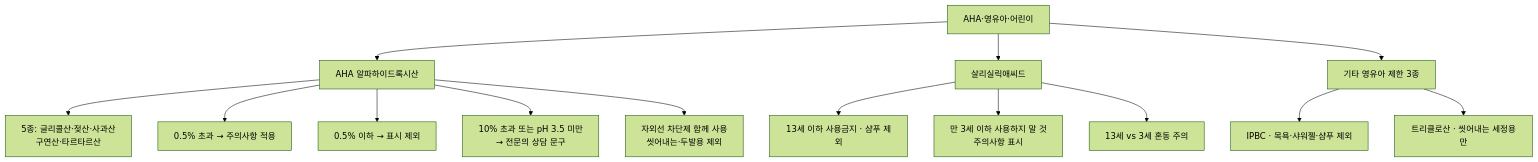
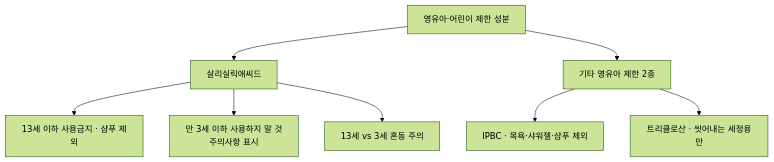
The tenth of 11 diagrams in content/참조자료/과목2/2과목_Ch03_사용제한원료_핵심암기.md (skygoldlee-cyber/Personalized_Skincare), drawn with Mermaid (forest theme) before and after one commit. The commit also changed other lines of this file and 8 other files, not shown here.

````diff
--- a/content/참조자료/과목2/2과목_Ch03_사용제한원료_핵심암기.md
+++ b/content/참조자료/과목2/2과목_Ch03_사용제한원료_핵심암기.md
@@ -406,16 +419,10 @@
 ```mermaid
 flowchart TD
-  A[AHA·영유아·어린이] --> B[AHA 알파하이드록시산]
-  A --> C[살리실릭애씨드]
-  A --> D[기타 영유아 제한 3종]
-  B --> B1[5종: 글리콜산·젖산·사과산<br/>구연산·타르타르산]
-  B --> B2[0.5% 초과 → 주의사항 적용]
-  B --> B3[0.5% 이하 → 표시 제외]
-  B --> B4[10% 초과 또는 pH 3.5 미만<br/>→ 전문의 상담 문구]
-  B --> B5[자외선 차단제 함께 사용<br/>씻어내는·두발용 제외]
-  C --> C1[13세 이하 사용금지 · 샴푸 제외]
-  C --> C2[만 3세 이하 사용하지 말 것<br/>주의사항 표시]
-  C --> C3[13세 vs 3세 혼동 주의]
-  D --> D1[IPBC · 목욕·샤워젤·샴푸 제외]
-  D --> D2[트리클로산 · 씻어내는 세정용만]
+  A[영유아·어린이 제한 성분] --> B[살리실릭애씨드]
+  A --> C[기타 영유아 제한 2종]
+  B --> B1[13세 이하 사용금지 · 샴푸 제외]
+  B --> B2[만 3세 이하 사용하지 말 것<br/>주의사항 표시]
+  B --> B3[13세 vs 3세 혼동 주의]
+  C --> C1[IPBC · 목욕·샤워젤·샴푸 제외]
+  C --> C2[트리클로산 · 씻어내는 세정용만]
 ```
````
